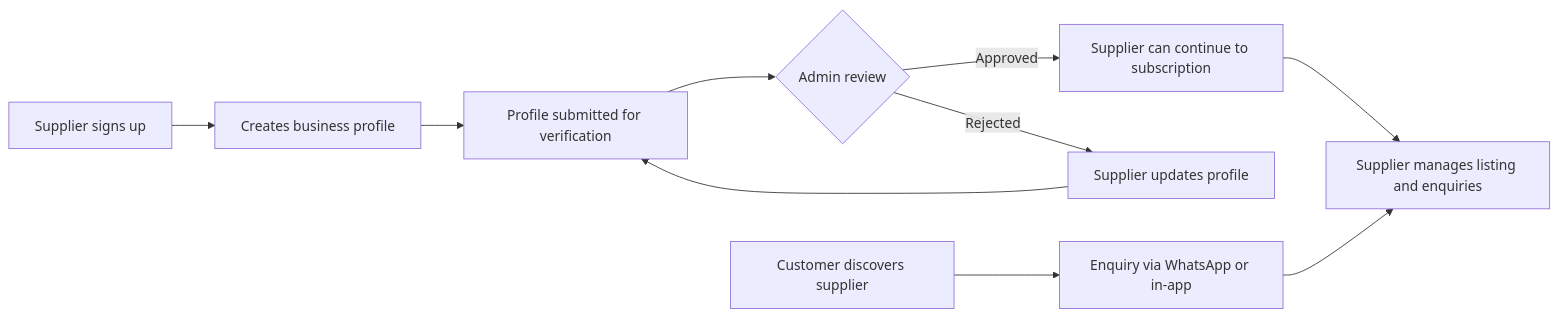
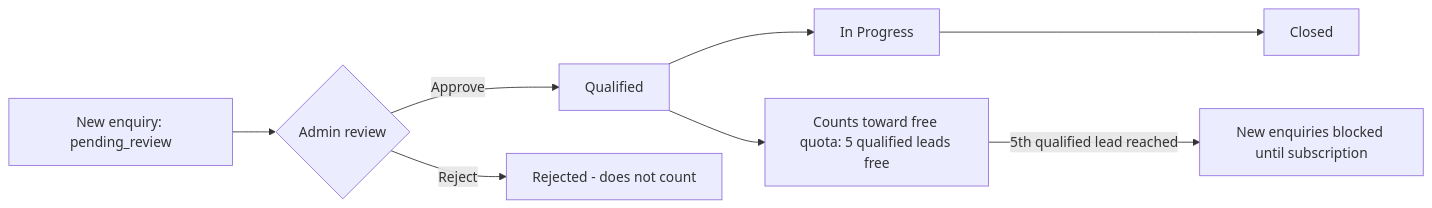
The fifth of 6 diagrams in README.md (Mthoko001/remix-of-connect-grow), drawn with Mermaid before and after one commit. The commit also changed other lines of this file, not shown here.

````diff
--- a/README.md
+++ b/README.md
@@ -43,12 +113,10 @@
 ```mermaid
 flowchart LR
-    A[Supplier signs up] --> B[Creates business profile]
-    B --> C[Profile submitted for verification]
-    C --> D{Admin review}
-    D -->|Approved| E[Supplier can continue to subscription]
-    D -->|Rejected| F[Supplier updates profile]
-    F --> C
-    E --> G[Supplier manages listing and enquiries]
-    H[Customer discovers supplier] --> I[Enquiry via WhatsApp or in-app]
-    I --> G
+    A[New enquiry: pending_review] --> B{Admin review}
+    B -->|Approve| C[Qualified]
+    B -->|Reject| D[Rejected - does not count]
+    C --> E[In Progress]
+    E --> F[Closed]
+    C --> G[Counts toward free quota: 5 qualified leads free]
+    G -->|5th qualified lead reached| H[New enquiries blocked until subscription]
 ```
````
